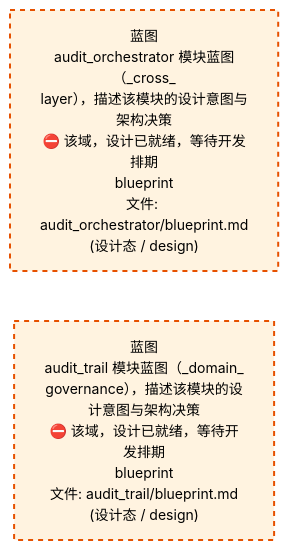
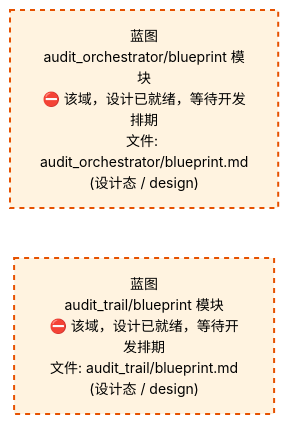
One commit to xuanFelixVan/ZephyrAlpha changed the third of 4 diagrams in docs/02_enterprise_architecture/02_domain_architecture_docs/50_d_gov_audit.md. Above: the diagram before and after it, drawn with Mermaid. The commit also changed other lines of this file and 60 other files, not shown here.

````diff
--- a/docs/02_enterprise_architecture/02_domain_architecture_docs/50_d_gov_audit.md
+++ b/docs/02_enterprise_architecture/02_domain_architecture_docs/50_d_gov_audit.md
@@ -807,12 +807,12 @@
 ```mermaid
 %%{init: {'theme': 'base', 'themeVariables': {'primaryColor': '#eaeaea', 'primaryTextColor': '#333333', 'primaryBorderColor': '#666666', 'lineColor': '#666666', 'secondaryColor': '#eaeaea', 'tertiaryColor': '#eaeaea', 'fontSize': '14px'}}}%%
 flowchart TD
-    docs_03_modules_cross_layer_audit_orchestrator_blueprint_md["蓝图<br/>audit_orchestrator 模块蓝图（_cross_<br/>layer），描述该模块的设计意图与架构决策<br/>⛔ 该域，设计已就绪，等待开发排期<br/>blueprint<br/>文件: audit_orchestrator/blueprint.md<br/>(设计态 / design)"]
-    docs_03_modules_domain_governance_audit_trail_blueprint_md["蓝图<br/>audit_trail 模块蓝图（_domain_<br/>governance），描述该模块的设计意图与架构决策<br/>⛔ 该域，设计已就绪，等待开发排期<br/>blueprint<br/>文件: audit_trail/blueprint.md<br/>(设计态 / design)"]
+    docs_03_modules_cross_layer_audit_orchestrator_blueprint_md["蓝图<br/>audit_orchestrator/blueprint 模块<br/>⛔ 该域，设计已就绪，等待开发排期<br/>文件: audit_orchestrator/blueprint.md<br/>(设计态 / design)"]
+    docs_03_modules_domain_governance_audit_trail_blueprint_md["蓝图<br/>audit_trail/blueprint 模块<br/>⛔ 该域，设计已就绪，等待开发排期<br/>文件: audit_trail/blueprint.md<br/>(设计态 / design)"]
     docs_03_modules_cross_layer_audit_orchestrator_blueprint_md ~~~ docs_03_modules_domain_governance_audit_trail_blueprint_md
     classDef production fill:#e1f5fe,stroke:#01579b,stroke-width:2px,color:#000
     classDef design fill:#fff3e0,stroke:#e65100,stroke-width:2px,color:#000,stroke-dasharray: 5 5
     classDef external_prod fill:#e8f4fd,stroke:#0277bd,stroke-width:1px,color:#000
     classDef external_design fill:#fff8e7,stroke:#ef6c00,stroke-width:1px,color:#000,stroke-dasharray: 5 5
     class docs_03_modules_cross_layer_audit_orchestrator_blueprint_md,docs_03_modules_domain_governance_audit_trail_blueprint_md design
 ```
````
